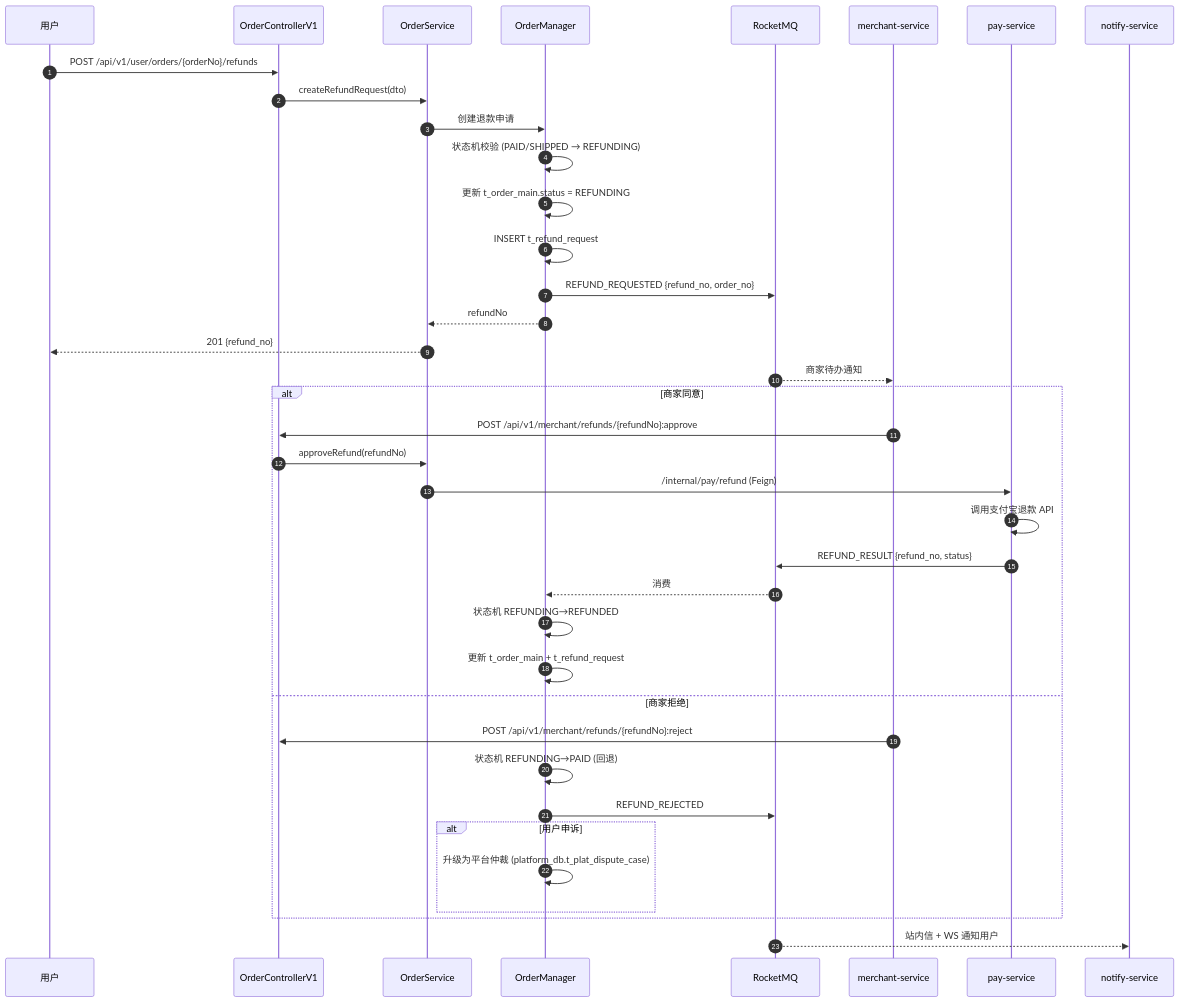
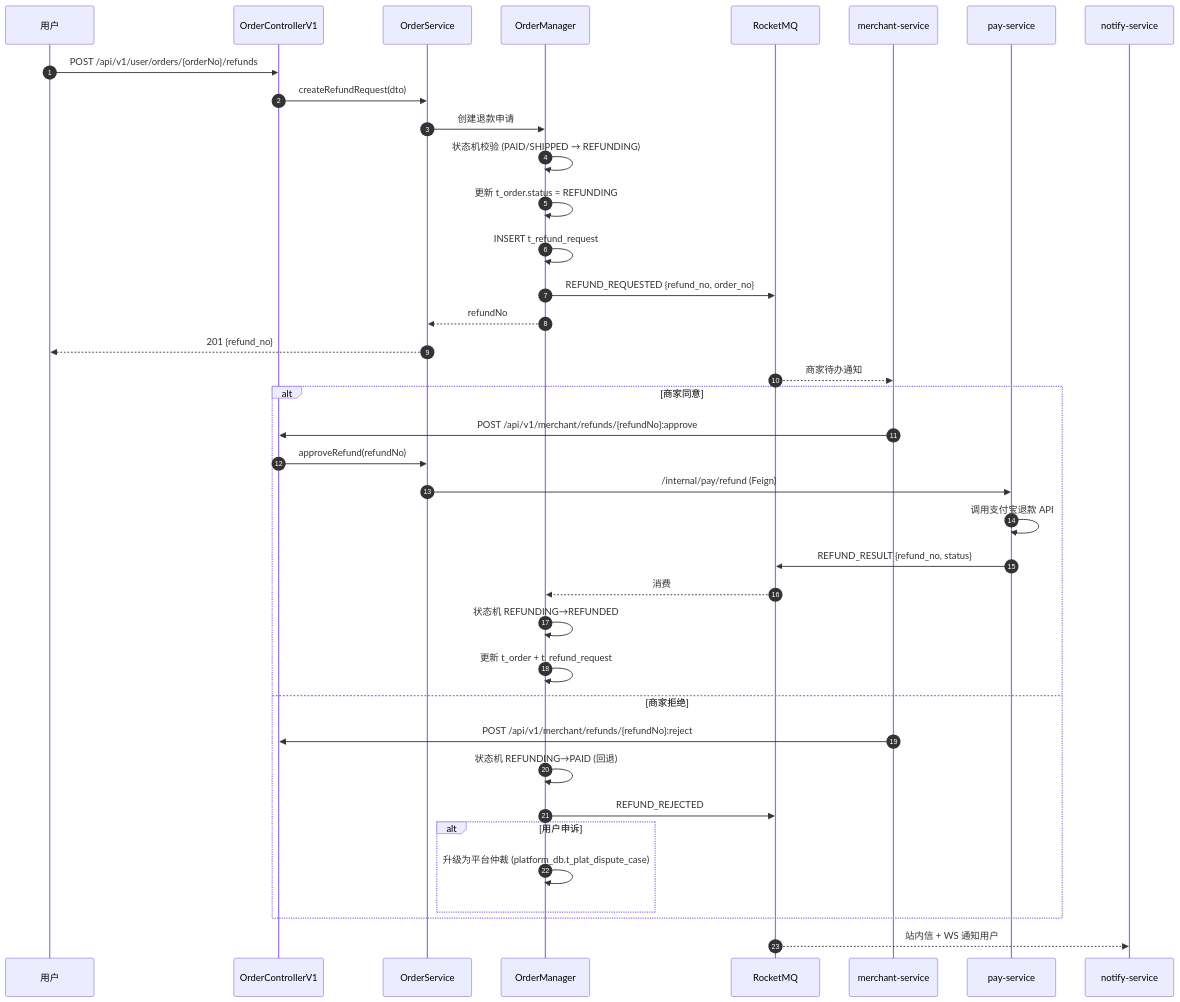
The third of 18 diagrams in .dev/docs/2. 设计阶段/07-模块详细设计.md (YiRancrazy/minimail_end_system), drawn with Mermaid before and after one commit. The commit also changed other lines of this file and 85 other files, not shown here.

````diff
--- a/.dev/docs/2. 设计阶段/07-模块详细设计.md
+++ b/.dev/docs/2. 设计阶段/07-模块详细设计.md
@@ -154,44 +154,44 @@
 ```mermaid
 sequenceDiagram
     autonumber
     participant U as 用户
     participant OC as OrderControllerV1
     participant OS as OrderService
     participant OM as OrderManager
     participant MQ as RocketMQ
     participant MER as merchant-service
     participant PAY as pay-service
     participant NTF as notify-service
 
     U->>OC: POST /api/v1/user/orders/{orderNo}/refunds
     OC->>OS: createRefundRequest(dto)
     OS->>OM: 创建退款申请
     OM->>OM: 状态机校验 (PAID/SHIPPED → REFUNDING)
-    OM->>OM: 更新 t_order_main.status = REFUNDING
+    OM->>OM: 更新 t_order.status = REFUNDING
     OM->>OM: INSERT t_refund_request
     OM->>MQ: REFUND_REQUESTED {refund_no, order_no}
     OM-->>OS: refundNo
     OS-->>U: 201 {refund_no}
 
     MQ-->>MER: 商家待办通知
 
     alt 商家同意
         MER->>OC: POST /api/v1/merchant/refunds/{refundNo}:approve
         OC->>OS: approveRefund(refundNo)
         OS->>PAY: /internal/pay/refund (Feign)
         PAY->>PAY: 调用支付宝退款 API
         PAY->>MQ: REFUND_RESULT {refund_no, status}
         MQ-->>OM: 消费
         OM->>OM: 状态机 REFUNDING→REFUNDED
-        OM->>OM: 更新 t_order_main + t_refund_request
+        OM->>OM: 更新 t_order + t_refund_request
     else 商家拒绝
         MER->>OC: POST /api/v1/merchant/refunds/{refundNo}:reject
         OM->>OM: 状态机 REFUNDING→PAID (回退)
         OM->>MQ: REFUND_REJECTED
         alt 用户申诉
             OM->>OM: 升级为平台仲裁 (platform_db.t_plat_dispute_case)
         end
     end
 
     MQ-->>NTF: 站内信 + WS 通知用户
 ```
````
